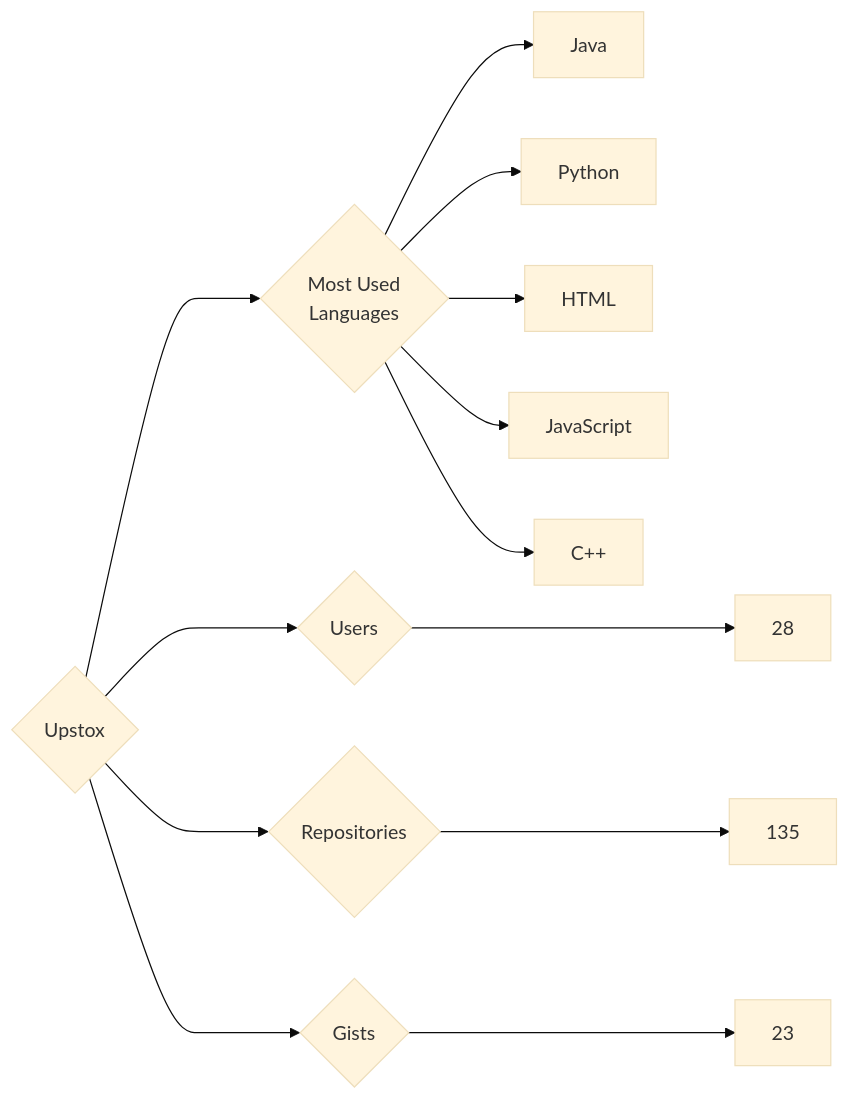
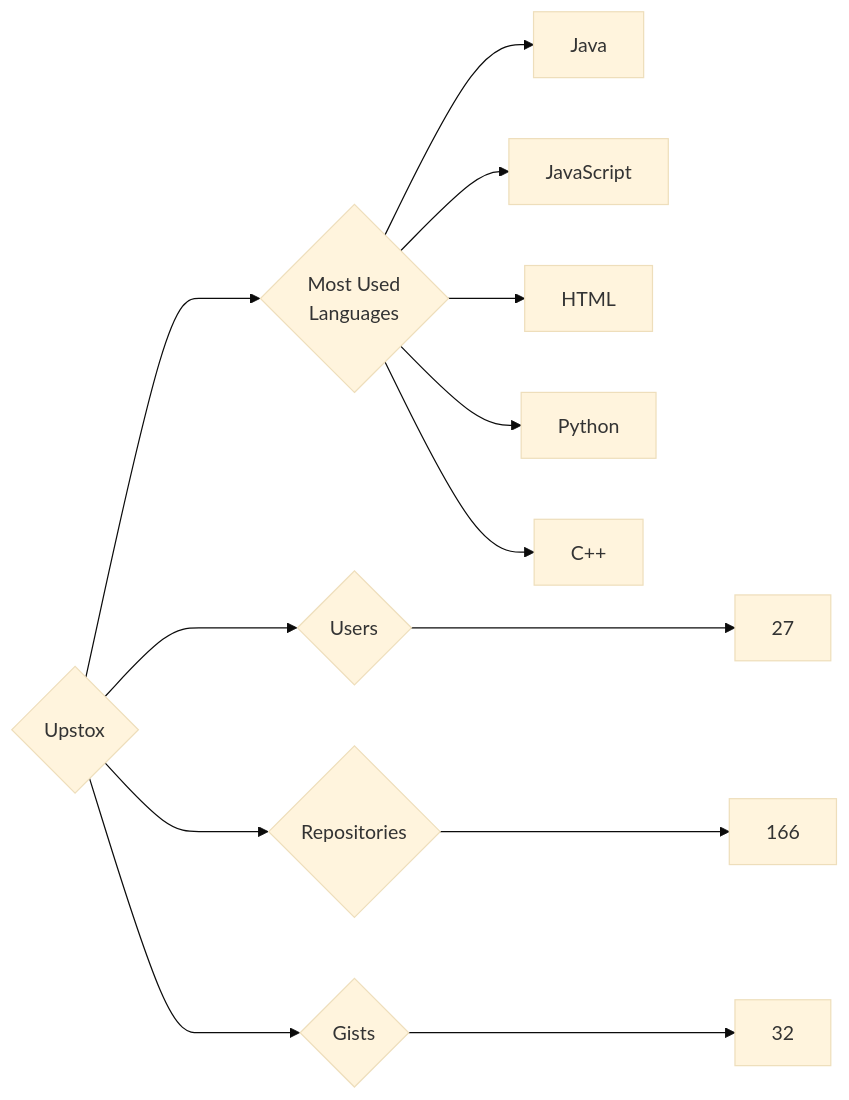
The diagram in targets/Upstox/README.md (trickest/insiders), drawn with Mermaid (base theme) before and after one commit. The commit also changed 1011 other files, not shown here.

````diff
--- a/targets/Upstox/README.md
+++ b/targets/Upstox/README.md
@@ -3,13 +3,13 @@
 ```mermaid
 graph LR
 COMPANY_NAME{Upstox}
-COMPANY_NAME ---> U{Users} ---> UN[28]
-COMPANY_NAME ---> R{Repositories} ---> RN[135]
-COMPANY_NAME ---> G{Gists} ---> GN[23]
+COMPANY_NAME ---> U{Users} ---> UN[27]
+COMPANY_NAME ---> R{Repositories} ---> RN[166]
+COMPANY_NAME ---> G{Gists} ---> GN[32]
 COMPANY_NAME ---> ML{Most Used<br>Languages}
 ML --> Java[Java]
+ML --> JavaScript[JavaScript]
+ML --> HTML[HTML]
 ML --> Python[Python]
-ML --> HTML[HTML]
-ML --> JavaScript[JavaScript]
 ML --> C++[C++]
 ```
````
